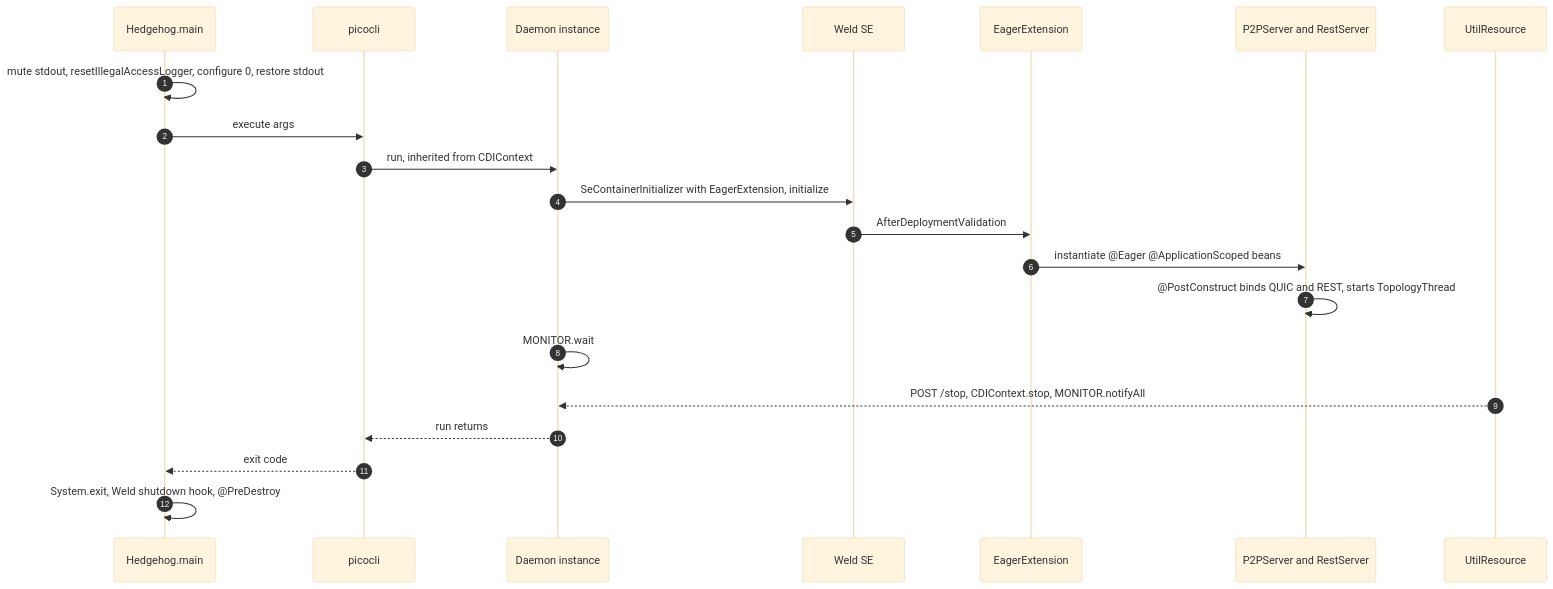
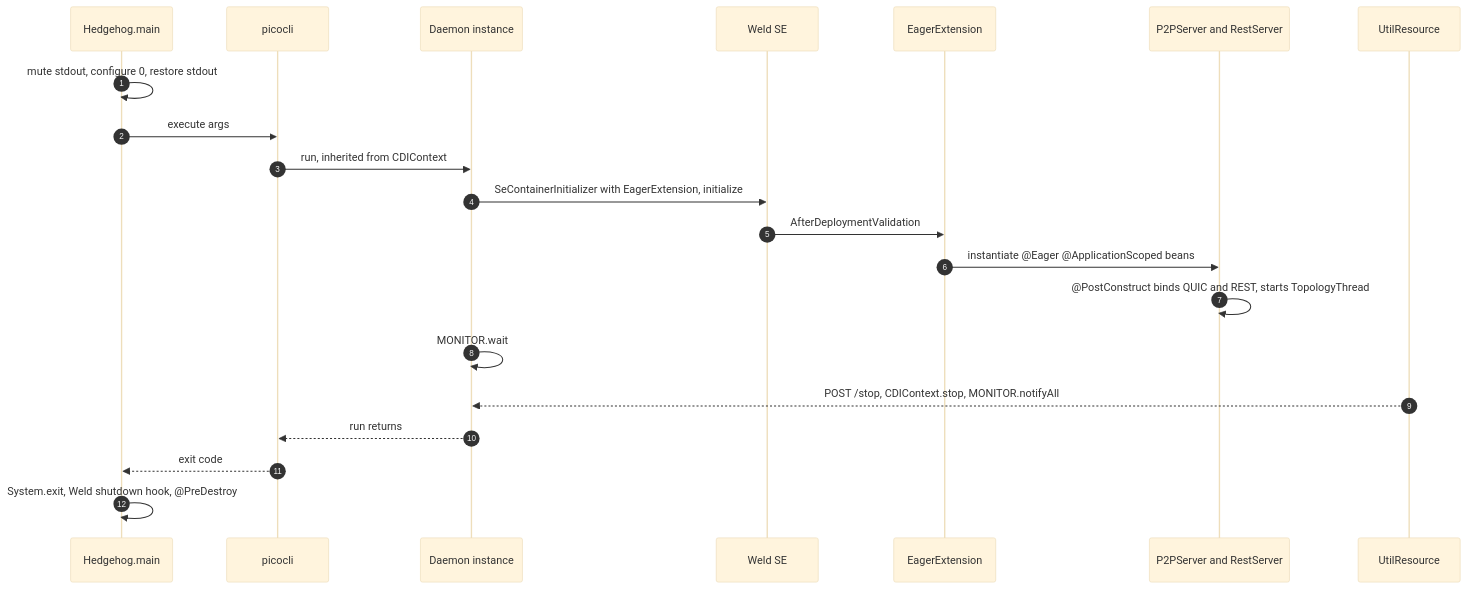
One commit to unigrid-project/hedgehog changed the third of 4 diagrams in documentation/architecture.md. Above: the diagram before and after it, drawn with Mermaid (base theme). The commit also changed other lines of this file and 4 other files, not shown here.

````diff
--- a/documentation/architecture.md
+++ b/documentation/architecture.md
@@ -406,24 +397,24 @@
 ```mermaid
 sequenceDiagram
     autonumber
     participant M as Hedgehog.main
     participant P as picocli
     participant D as Daemon instance
     participant W as Weld SE
     participant E as EagerExtension
     participant S as P2PServer and RestServer
     participant R as UtilResource
 
-    M->>M: mute stdout, resetIllegalAccessLogger, configure 0, restore stdout
+    M->>M: mute stdout, configure 0, restore stdout
     M->>P: execute args
     P->>D: run, inherited from CDIContext
     D->>W: SeContainerInitializer with EagerExtension, initialize
     W->>E: AfterDeploymentValidation
     E->>S: instantiate @Eager @ApplicationScoped beans
     S->>S: @PostConstruct binds QUIC and REST, starts TopologyThread
     D->>D: MONITOR.wait
     R-->>D: POST /stop, CDIContext.stop, MONITOR.notifyAll
     D-->>P: run returns
     P-->>M: exit code
     M->>M: System.exit, Weld shutdown hook, @PreDestroy
 ```
````
